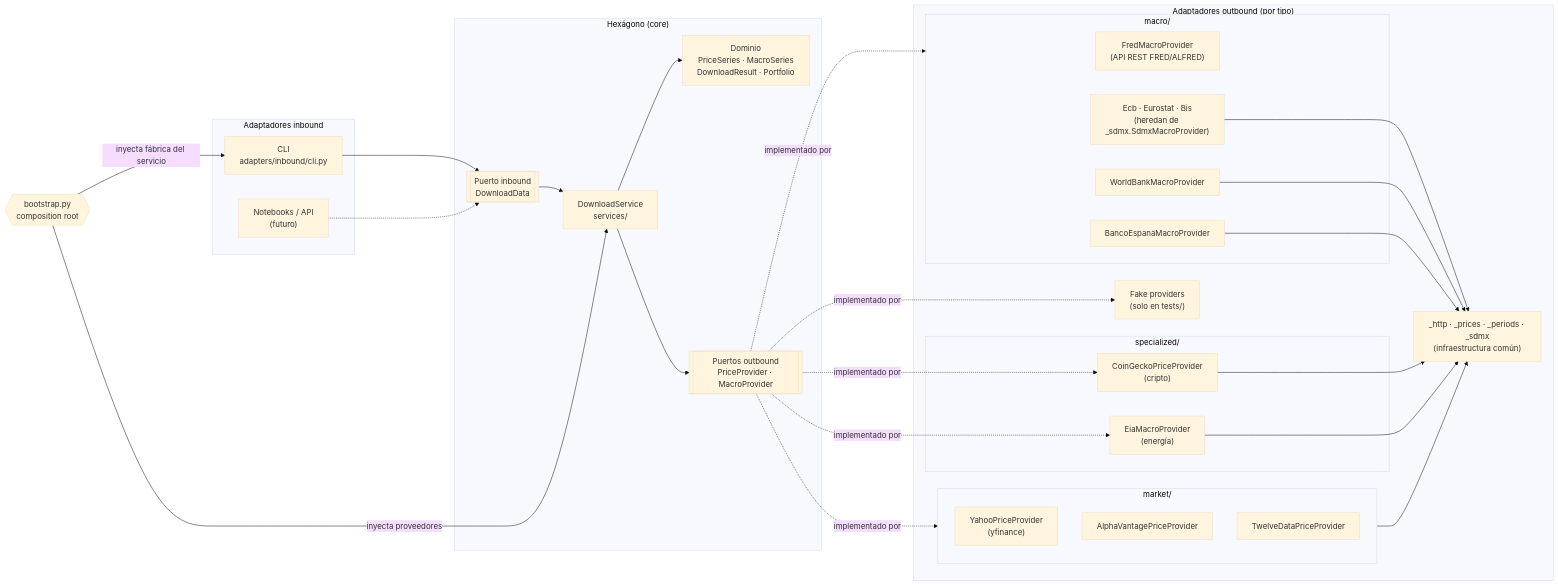
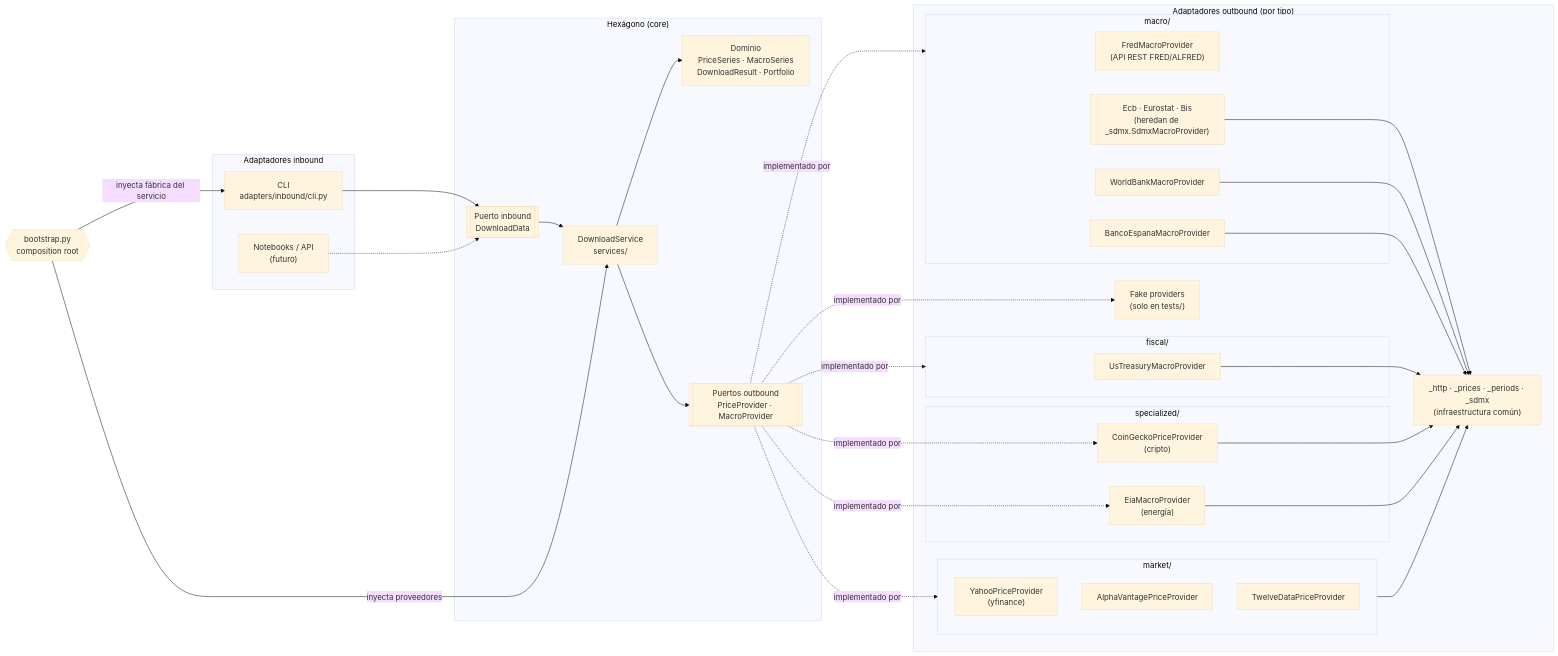
Before and after one commit to art3mvp/quant-finance-toolkit: the diagram in docs/architecture.md, drawn with Mermaid (base theme). The commit also changed 4 other files, not shown here.

First line of the commit message:
feat(bootstrap): register U.S. Treasury fiscal source and document it

````diff
--- a/docs/architecture.md
+++ b/docs/architecture.md
@@ -9,55 +9,60 @@
 ```mermaid
 flowchart LR
     subgraph IN["Adaptadores inbound"]
         CLI["CLI<br/>adapters/inbound/cli.py"]
         NB["Notebooks / API<br/>(futuro)"]
     end
 
     subgraph HEX["Hexágono (core)"]
         PIN[["Puerto inbound<br/>DownloadData"]]
         SVC["DownloadService<br/>services/"]
         DOM["Dominio<br/>PriceSeries · MacroSeries<br/>DownloadResult · Portfolio"]
         POUT[["Puertos outbound<br/>PriceProvider · MacroProvider"]]
         PIN --> SVC
         SVC --> DOM
         SVC --> POUT
     end
 
     subgraph OUT["Adaptadores outbound (por tipo)"]
         subgraph MKT["market/"]
             YF["YahooPriceProvider<br/>(yfinance)"]
             AV["AlphaVantagePriceProvider"]
             TD["TwelveDataPriceProvider"]
         end
         subgraph MAC["macro/"]
             FRED["FredMacroProvider<br/>(API REST FRED/ALFRED)"]
             SDMX["Ecb · Eurostat · Bis<br/>(heredan de _sdmx.SdmxMacroProvider)"]
             WB["WorldBankMacroProvider"]
             BDE["BancoEspanaMacroProvider"]
         end
+        subgraph FIS["fiscal/"]
+            UST["UsTreasuryMacroProvider"]
+        end
         subgraph SPE["specialized/"]
             CG["CoinGeckoPriceProvider<br/>(cripto)"]
             EIA["EiaMacroProvider<br/>(energía)"]
         end
         HTTP["_http · _prices · _periods · _sdmx<br/>(infraestructura común)"]
         FAKE["Fake providers<br/>(solo en tests/)"]
     end
 
     CLI --> PIN
     NB -.-> PIN
     POUT -. implementado por .-> MKT
     POUT -. implementado por .-> MAC
+    POUT -. implementado por .-> FIS
     POUT -. implementado por .-> CG
     POUT -. implementado por .-> EIA
     POUT -. implementado por .-> FAKE
     MKT --> HTTP
     SDMX --> HTTP
     WB --> HTTP
     BDE --> HTTP
+    UST --> HTTP
     CG --> HTTP
     EIA --> HTTP
 
     BOOT{{"bootstrap.py<br/>composition root"}}
     BOOT -- inyecta proveedores --> SVC
     BOOT -- inyecta fábrica del servicio --> CLI
 ```
````
